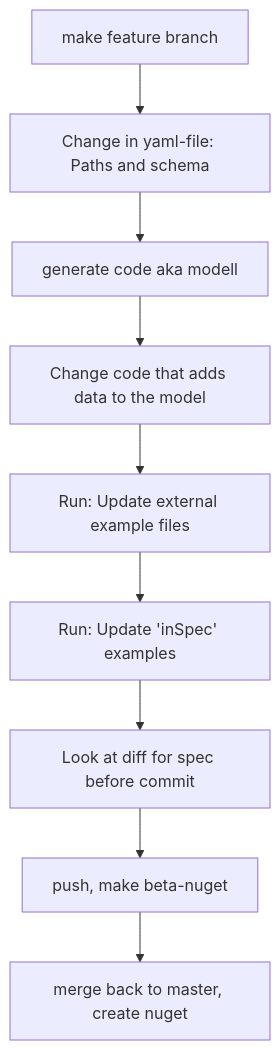
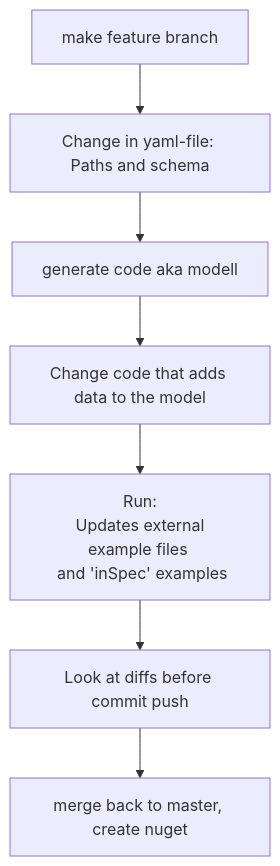
One commit to PxTools/PxApiSpecs changed the diagram in generator/Readme.md. Above: the diagram before and after it, drawn with Mermaid.

````diff
--- a/generator/Readme.md
+++ b/generator/Readme.md
@@ -4,13 +4,12 @@
 ```mermaid      
-  graph TD;
+ graph TD;
       A0[make feature branch]-->A
       A[Change in yaml-file: Paths and schema]-->B[generate code aka modell];
       B-->C[Change code that adds data to the model];
-      C-->D[Run: Update external example files];
-      D-->D10[Run: Update 'inSpec' examples];
-      D10-->D20[Look at diff for spec before commit];
-      D20-->E[push, make beta-nuget];
-      E-->F[ merge back to master, create nuget];
+      C-->D[Run:\n Updates external example files \n and 'inSpec' examples];
+     
+      D-->D20[Look at diffs before commit push ];
+      D20-->F[ merge back to master, create nuget];
 
       
 ```
````
